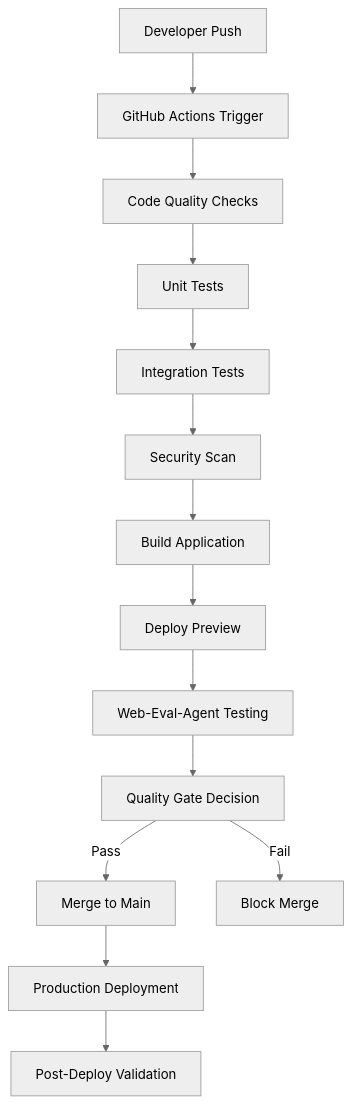
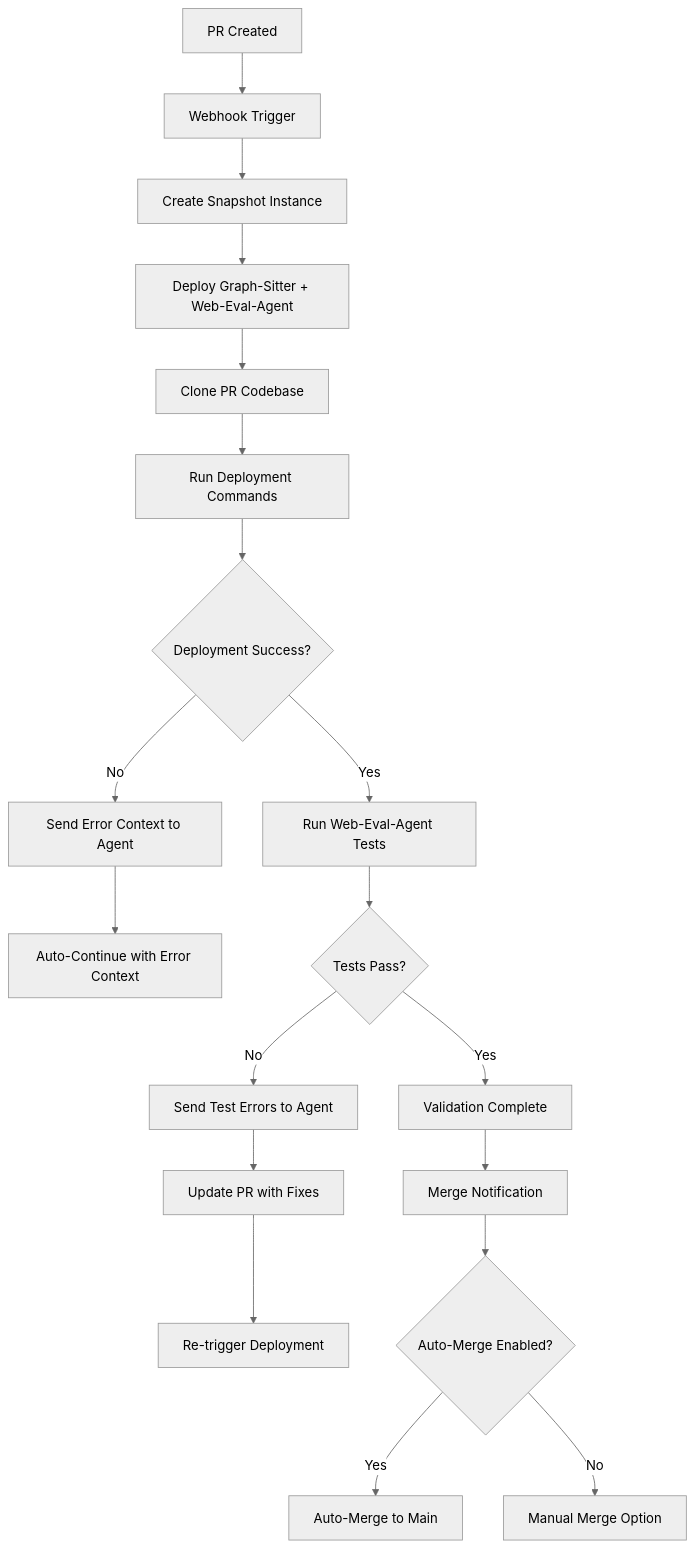
Before and after one commit to Zeeeepa/codegenApp: the third of 3 diagrams in README.md, drawn with Mermaid (neutral theme). The commit also changed other lines of this file, not shown here.

First line of the commit message:
feat: upgrade README with comprehensive CI/CD flow management system documentation

````diff
--- a/README.md
+++ b/README.md
@@ -157,16 +103,21 @@
 ```mermaid
 graph TD
-    A[Developer Push] --> B[GitHub Actions Trigger]
-    B --> C[Code Quality Checks]
-    C --> D[Unit Tests]
-    D --> E[Integration Tests]
-    E --> F[Security Scan]
-    F --> G[Build Application]
-    G --> H[Deploy Preview]
-    H --> I[Web-Eval-Agent Testing]
-    I --> J[Quality Gate Decision]
-    J -->|Pass| K[Merge to Main]
-    J -->|Fail| L[Block Merge]
-    K --> M[Production Deployment]
-    M --> N[Post-Deploy Validation]
+    A[PR Created] --> B[Webhook Trigger]
+    B --> C[Create Snapshot Instance]
+    C --> D[Deploy Graph-Sitter + Web-Eval-Agent]
+    D --> E[Clone PR Codebase]
+    E --> F[Run Deployment Commands]
+    F --> G{Deployment Success?}
+    G -->|No| H[Send Error Context to Agent]
+    G -->|Yes| I[Run Web-Eval-Agent Tests]
+    H --> J[Auto-Continue with Error Context]
+    I --> K{Tests Pass?}
+    K -->|No| L[Send Test Errors to Agent]
+    K -->|Yes| M[Validation Complete]
+    L --> N[Update PR with Fixes]
+    N --> O[Re-trigger Deployment]
+    M --> P[Merge Notification]
+    P --> Q{Auto-Merge Enabled?}
+    Q -->|Yes| R[Auto-Merge to Main]
+    Q -->|No| S[Manual Merge Option]
 ```
````
